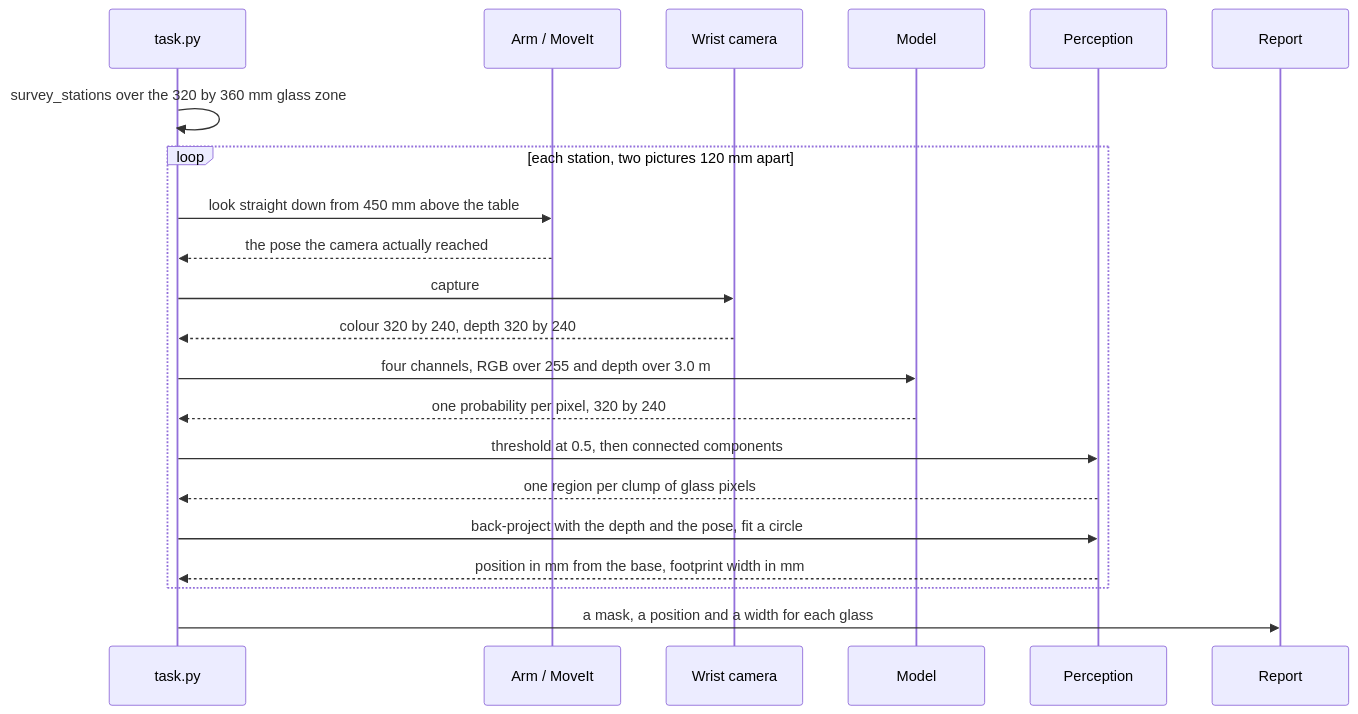
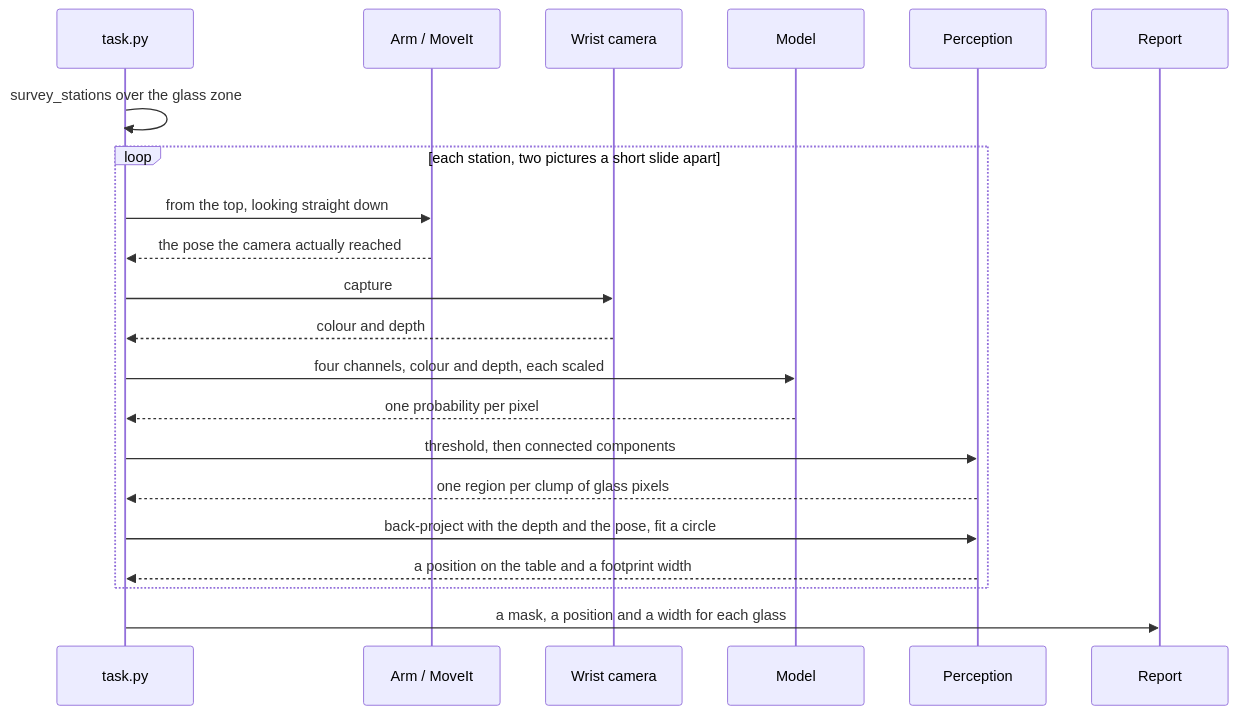
Before and after one commit to RobinNagpal/robot-arm-projects: the first of 3 diagrams in v5-pick-glasses/docs/problem-2/solutions/07-a-segmenter-trained-from-scratch.md, drawn with Mermaid. The commit also changed other lines of this file, not shown here.

````diff
--- a/v5-pick-glasses/docs/problem-2/solutions/07-a-segmenter-trained-from-scratch.md
+++ b/v5-pick-glasses/docs/problem-2/solutions/07-a-segmenter-trained-from-scratch.md
@@ -159,23 +172,23 @@
 ```mermaid
 sequenceDiagram
     participant T as task.py
     participant A as Arm / MoveIt
     participant C as Wrist camera
     participant M as Model
     participant P as Perception
     participant R as Report
-    T->>T: survey_stations over the 320 by 360 mm glass zone
-    loop each station, two pictures 120 mm apart
-        T->>A: look straight down from 450 mm above the table
+    T->>T: survey_stations over the glass zone
+    loop each station, two pictures a short slide apart
+        T->>A: from the top, looking straight down
         A-->>T: the pose the camera actually reached
         T->>C: capture
-        C-->>T: colour 320 by 240, depth 320 by 240
-        T->>M: four channels, RGB over 255 and depth over 3.0 m
-        M-->>T: one probability per pixel, 320 by 240
-        T->>P: threshold at 0.5, then connected components
+        C-->>T: colour and depth
+        T->>M: four channels, colour and depth, each scaled
+        M-->>T: one probability per pixel
+        T->>P: threshold, then connected components
         P-->>T: one region per clump of glass pixels
         T->>P: back-project with the depth and the pose, fit a circle
-        P-->>T: position in mm from the base, footprint width in mm
+        P-->>T: a position on the table and a footprint width
     end
     T->>R: a mask, a position and a width for each glass
 ```
````
